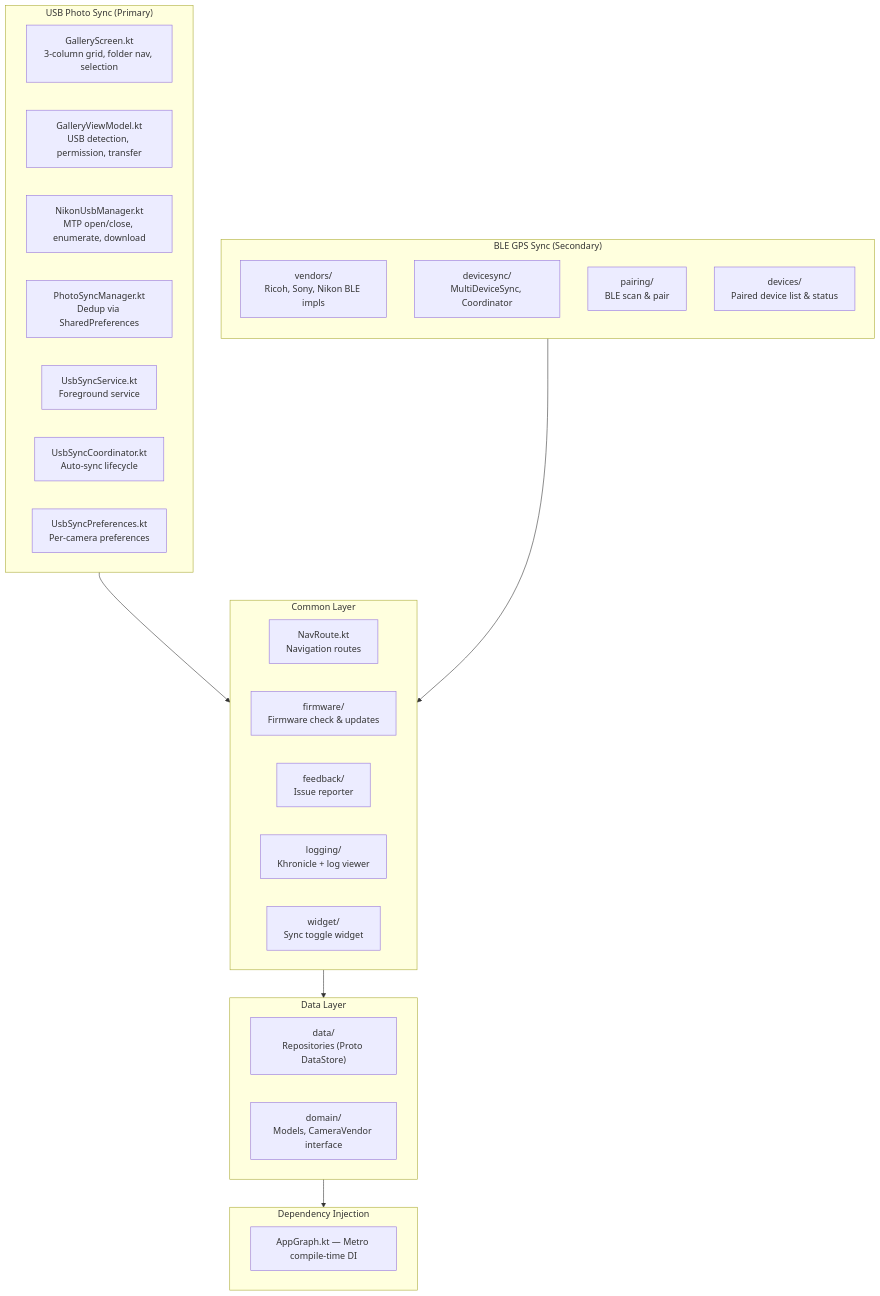
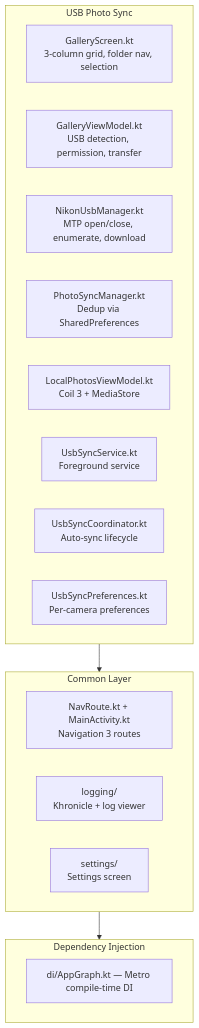
Before and after one commit to Chilfish/CameraSync: the diagram in CONTRIBUTING.md, drawn with Mermaid. The commit also changed other lines of this file and 19 other files, not shown here.

````diff
--- a/CONTRIBUTING.md
+++ b/CONTRIBUTING.md
@@ -66,42 +64,26 @@
 ```mermaid
 flowchart TB
-    subgraph USB["USB Photo Sync (Primary)"]
+    subgraph USB["USB Photo Sync"]
         GalleryScreen["GalleryScreen.kt<br/>3-column grid, folder nav, selection"]
         GalleryVM["GalleryViewModel.kt<br/>USB detection, permission, transfer"]
         NikonUsb["NikonUsbManager.kt<br/>MTP open/close, enumerate, download"]
         PhotoSync["PhotoSyncManager.kt<br/>Dedup via SharedPreferences"]
+        LocalPhotos["LocalPhotosViewModel.kt<br/>Coil 3 + MediaStore"]
         UsbService["UsbSyncService.kt<br/>Foreground service"]
         UsbCoord["UsbSyncCoordinator.kt<br/>Auto-sync lifecycle"]
         UsbPrefs["UsbSyncPreferences.kt<br/>Per-camera preferences"]
     end
 
-    subgraph BLE["BLE GPS Sync (Secondary)"]
-        direction TB
-        Vendors["vendors/<br/>Ricoh, Sony, Nikon BLE impls"]
-        DeviceSync["devicesync/<br/>MultiDeviceSync, Coordinator"]
-        Pairing["pairing/<br/>BLE scan & pair"]
-        DevicesList["devices/<br/>Paired device list & status"]
-    end
-
     subgraph Common["Common Layer"]
-        Nav["NavRoute.kt<br/>Navigation routes"]
-        FW["firmware/<br/>Firmware check & updates"]
-        Feedback["feedback/<br/>Issue reporter"]
+        Nav["NavRoute.kt + MainActivity.kt<br/>Navigation 3 routes"]
         Logging["logging/<br/>Khronicle + log viewer"]
-        Widget["widget/<br/>Sync toggle widget"]
-    end
-
-    subgraph Data["Data Layer"]
-        DataRepo["data/<br/>Repositories (Proto DataStore)"]
-        Domain["domain/<br/>Models, CameraVendor interface"]
+        Settings["settings/<br/>Settings screen"]
     end
 
     subgraph DI["Dependency Injection"]
-        AppGraph["AppGraph.kt — Metro compile-time DI"]
+        AppGraph["di/AppGraph.kt — Metro compile-time DI"]
     end
 
     USB --> Common
-    BLE --> Common
-    Common --> Data
-    Data --> DI
+    Common --> DI
 ```
````
